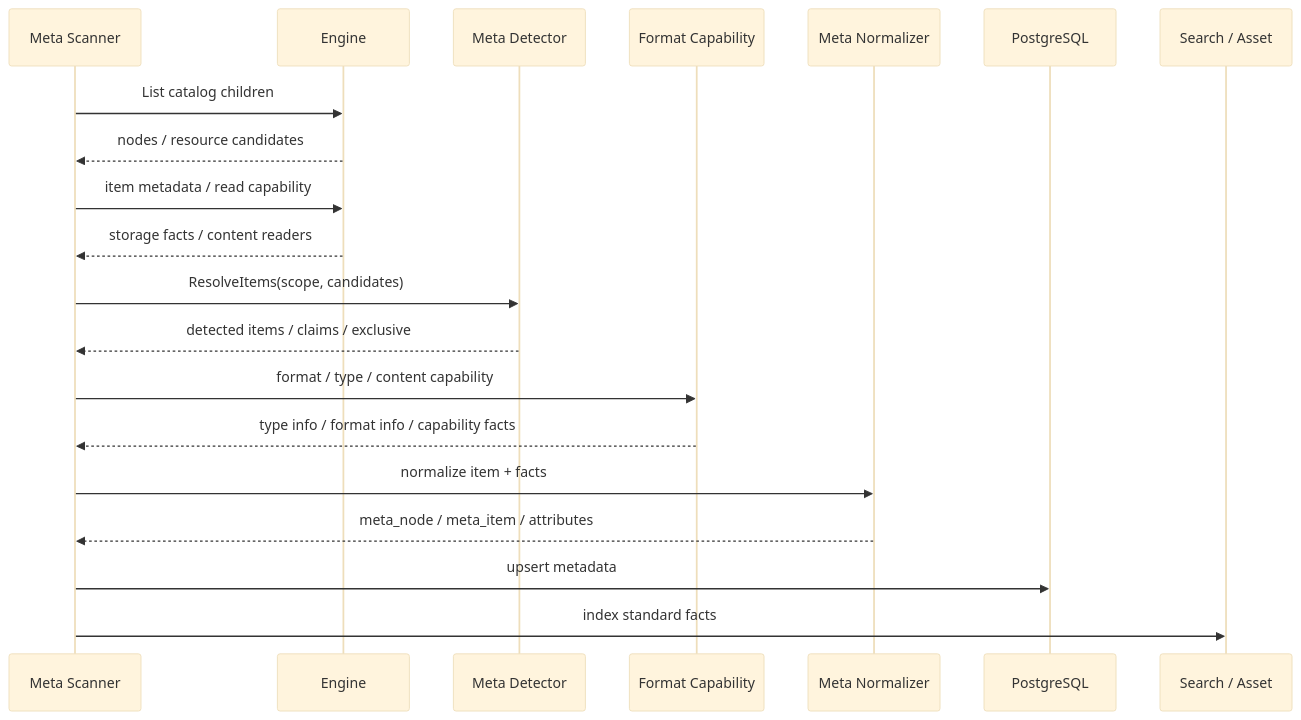
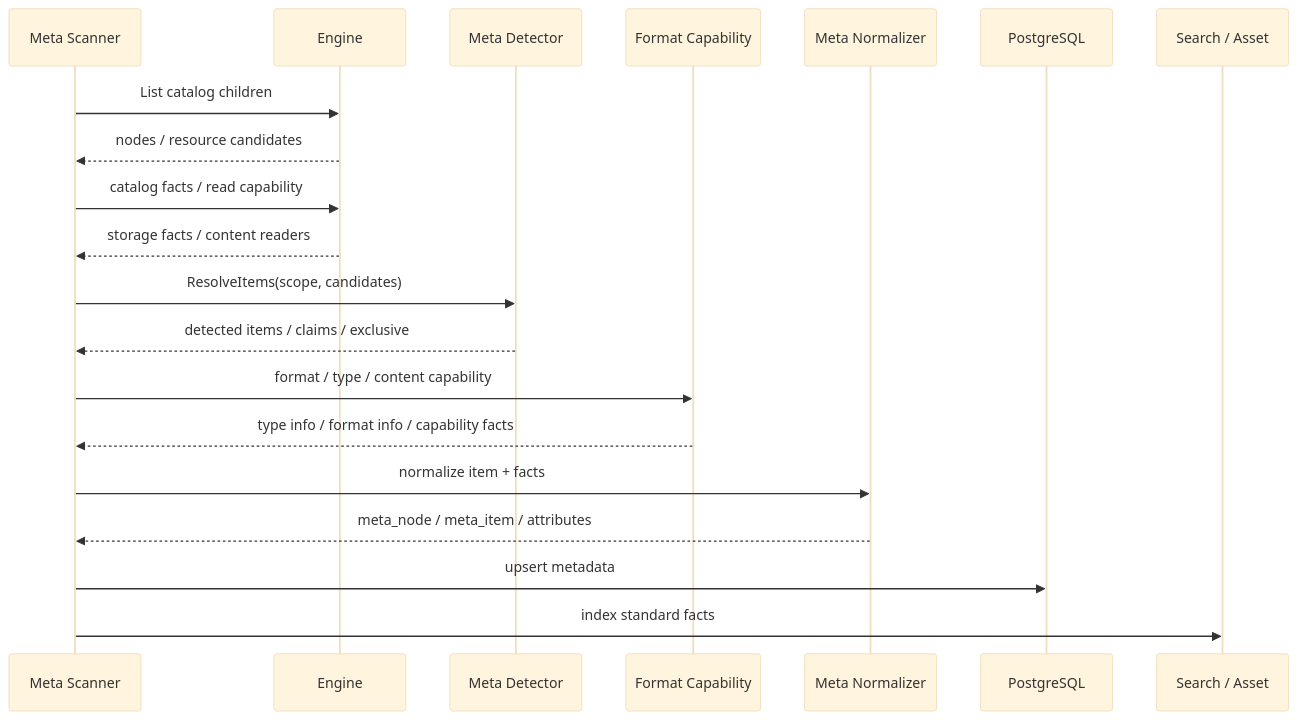
Before and after one commit to pampa0629/addp: the second of 2 diagrams in docs/concepts/addp元数据体系图.md, drawn with Mermaid (base theme). The commit also changed other lines of this file and 334 other files, not shown here.

````diff
--- a/docs/concepts/addp元数据体系图.md
+++ b/docs/concepts/addp元数据体系图.md
@@ -181,23 +181,23 @@
 ```mermaid
 sequenceDiagram
     participant Meta as Meta Scanner
     participant Engine as Engine
     participant Detector as Meta Detector
     participant Format as Format Capability
     participant Normalizer as Meta Normalizer
     participant DB as PostgreSQL
     participant Search as Search / Asset
 
     Meta->>Engine: List catalog children
     Engine-->>Meta: nodes / resource candidates
-    Meta->>Engine: item metadata / read capability
+    Meta->>Engine: catalog facts / read capability
     Engine-->>Meta: storage facts / content readers
     Meta->>Detector: ResolveItems(scope, candidates)
     Detector-->>Meta: detected items / claims / exclusive
     Meta->>Format: format / type / content capability
     Format-->>Meta: type info / format info / capability facts
     Meta->>Normalizer: normalize item + facts
     Normalizer-->>Meta: meta_node / meta_item / attributes
     Meta->>DB: upsert metadata
     Meta->>Search: index standard facts
 ```
````
